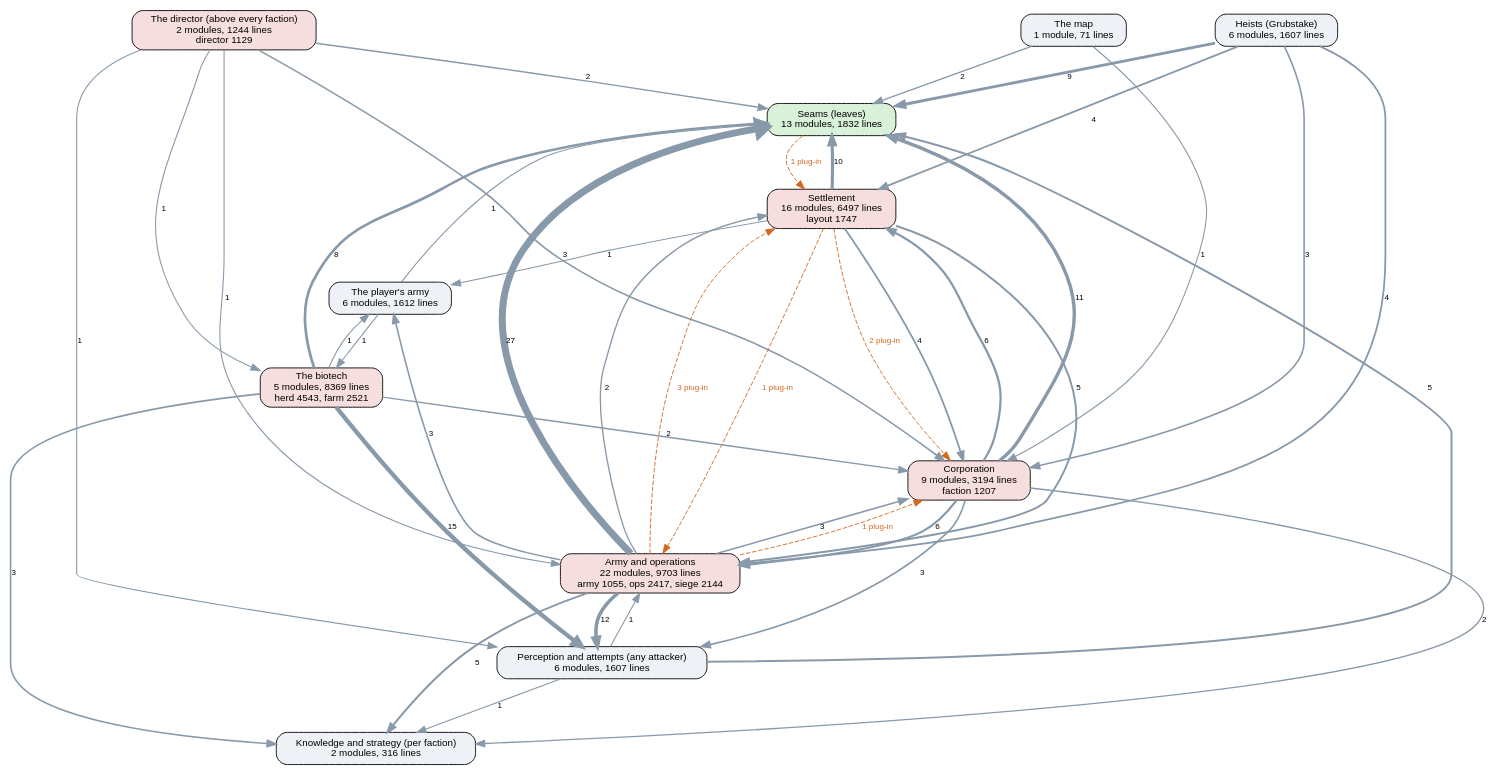
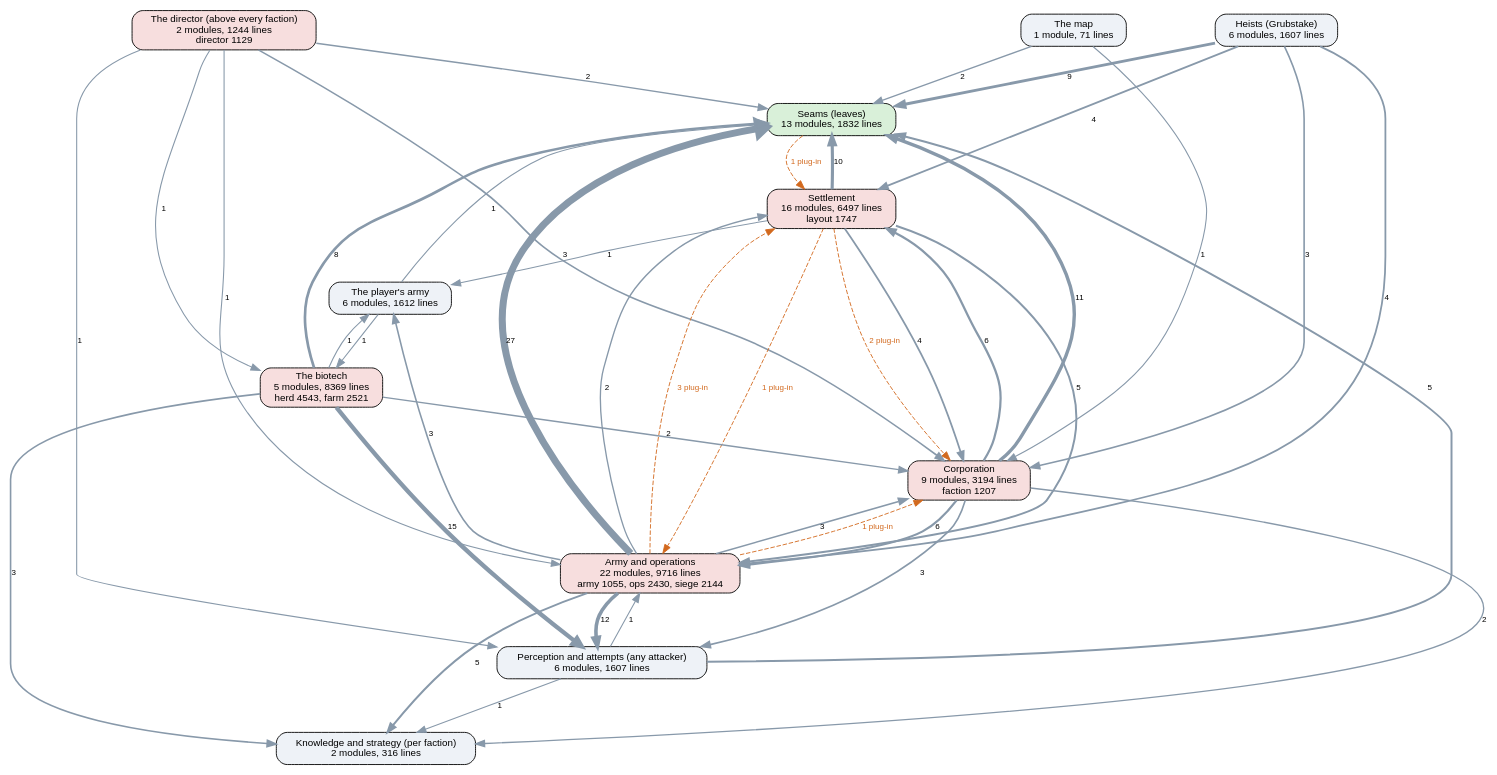
Before and after one commit to kinelhu/landing-party: the diagram in docs/ai-layers.dot, drawn with Graphviz. The commit also changed 10 other files, not shown here.

```diff
--- a/docs/ai-layers.dot
+++ b/docs/ai-layers.dot
@@ -1,57 +1,57 @@
 digraph layers {
   graph [rankdir=TB, fontname="Helvetica", nodesep=0.5, ranksep=0.7];
   node [shape=box, style="rounded,filled", fontname="Helvetica", fontsize=11, fillcolor="#eef2f7"];
   edge [color="#8899aa", fontname="Helvetica", fontsize=9];
   "Seams (leaves)" [label="Seams (leaves)\n13 modules, 1832 lines", fillcolor="#d9f0d9"];
   "Perception and attempts (any attacker)" [label="Perception and attempts (any attacker)\n6 modules, 1607 lines", fillcolor="#eef2f7"];
   "Knowledge and strategy (per faction)" [label="Knowledge and strategy (per faction)\n2 modules, 316 lines", fillcolor="#eef2f7"];
   "The director (above every faction)" [label="The director (above every faction)\n2 modules, 1244 lines\ndirector 1129", fillcolor="#f7dede"];
   "Corporation" [label="Corporation\n9 modules, 3194 lines\nfaction 1207", fillcolor="#f7dede"];
   "Settlement" [label="Settlement\n16 modules, 6497 lines\nlayout 1747", fillcolor="#f7dede"];
-  "Army and operations" [label="Army and operations\n22 modules, 9703 lines\narmy 1055, ops 2417, siege 2144", fillcolor="#f7dede"];
+  "Army and operations" [label="Army and operations\n22 modules, 9716 lines\narmy 1055, ops 2430, siege 2144", fillcolor="#f7dede"];
   "Heists (Grubstake)" [label="Heists (Grubstake)\n6 modules, 1607 lines", fillcolor="#eef2f7"];
   "The biotech" [label="The biotech\n5 modules, 8369 lines\nherd 4543, farm 2521", fillcolor="#f7dede"];
   "The map" [label="The map\n1 module, 71 lines", fillcolor="#eef2f7"];
   "The player's army" [label="The player's army\n6 modules, 1612 lines", fillcolor="#eef2f7"];
   "Army and operations" -> "Corporation" [label="3", penwidth=1.8];
   "Army and operations" -> "Knowledge and strategy (per faction)" [label="5", penwidth=2.2];
   "Army and operations" -> "Perception and attempts (any attacker)" [label="12", penwidth=4.0];
   "Army and operations" -> "Seams (leaves)" [label="27", penwidth=7.8];
   "Army and operations" -> "Settlement" [label="2", penwidth=1.5];
   "Army and operations" -> "The player's army" [label="3", penwidth=1.8];
   "Corporation" -> "Army and operations" [label="6", penwidth=2.5];
   "Corporation" -> "Knowledge and strategy (per faction)" [label="2", penwidth=1.5];
   "Corporation" -> "Perception and attempts (any attacker)" [label="3", penwidth=1.8];
   "Corporation" -> "Seams (leaves)" [label="11", penwidth=3.8];
   "Corporation" -> "Settlement" [label="6", penwidth=2.5];
   "Heists (Grubstake)" -> "Army and operations" [label="4", penwidth=2.0];
   "Heists (Grubstake)" -> "Corporation" [label="3", penwidth=1.8];
   "Heists (Grubstake)" -> "Seams (leaves)" [label="9", penwidth=3.2];
   "Heists (Grubstake)" -> "Settlement" [label="4", penwidth=2.0];
   "Perception and attempts (any attacker)" -> "Army and operations" [label="1", penwidth=1.2];
   "Perception and attempts (any attacker)" -> "Knowledge and strategy (per faction)" [label="1", penwidth=1.2];
   "Perception and attempts (any attacker)" -> "Seams (leaves)" [label="5", penwidth=2.2];
   "Settlement" -> "Army and operations" [label="5", penwidth=2.2];
   "Settlement" -> "Corporation" [label="4", penwidth=2.0];
   "Settlement" -> "Seams (leaves)" [label="10", penwidth=3.5];
   "Settlement" -> "The player's army" [label="1", penwidth=1.2];
   "The biotech" -> "Corporation" [label="2", penwidth=1.5];
   "The biotech" -> "Knowledge and strategy (per faction)" [label="3", penwidth=1.8];
   "The biotech" -> "Perception and attempts (any attacker)" [label="15", penwidth=4.8];
   "The biotech" -> "Seams (leaves)" [label="8", penwidth=3.0];
   "The biotech" -> "The player's army" [label="1", penwidth=1.2];
   "The director (above every faction)" -> "Army and operations" [label="1", penwidth=1.2];
   "The director (above every faction)" -> "Corporation" [label="3", penwidth=1.8];
   "The director (above every faction)" -> "Perception and attempts (any attacker)" [label="1", penwidth=1.2];
   "The director (above every faction)" -> "Seams (leaves)" [label="2", penwidth=1.5];
   "The director (above every faction)" -> "The biotech" [label="1", penwidth=1.2];
   "The map" -> "Corporation" [label="1", penwidth=1.2];
   "The map" -> "Seams (leaves)" [label="2", penwidth=1.5];
   "The player's army" -> "Seams (leaves)" [label="1", penwidth=1.2];
   "The player's army" -> "The biotech" [label="1", penwidth=1.2];
   "Army and operations" -> "Corporation" [style=dashed, color="#d2691e", fontcolor="#d2691e", label="1 plug-in"];
   "Army and operations" -> "Settlement" [style=dashed, color="#d2691e", fontcolor="#d2691e", label="3 plug-in"];
   "Seams (leaves)" -> "Settlement" [style=dashed, color="#d2691e", fontcolor="#d2691e", label="1 plug-in"];
   "Settlement" -> "Army and operations" [style=dashed, color="#d2691e", fontcolor="#d2691e", label="1 plug-in"];
   "Settlement" -> "Corporation" [style=dashed, color="#d2691e", fontcolor="#d2691e", label="2 plug-in"];
 }
```
